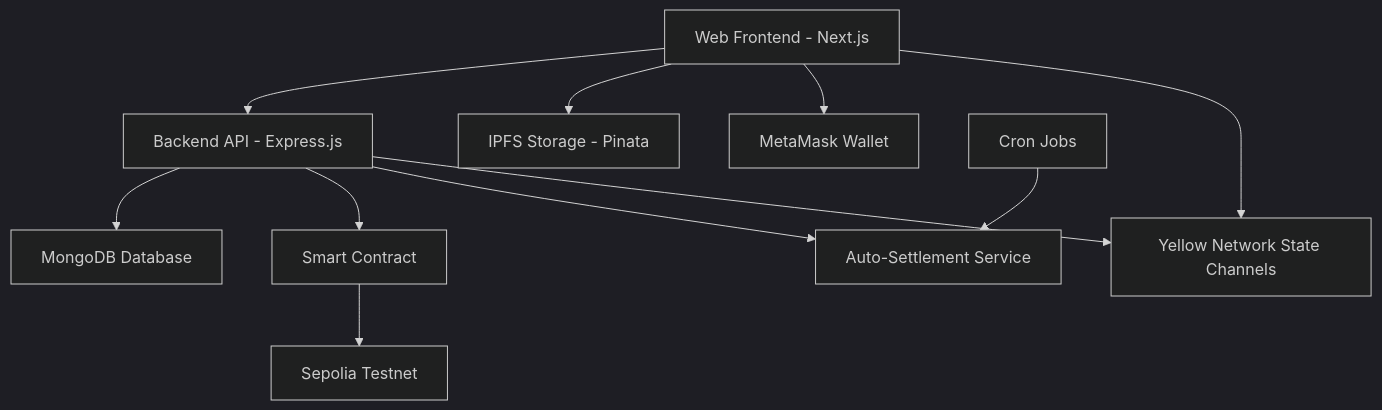
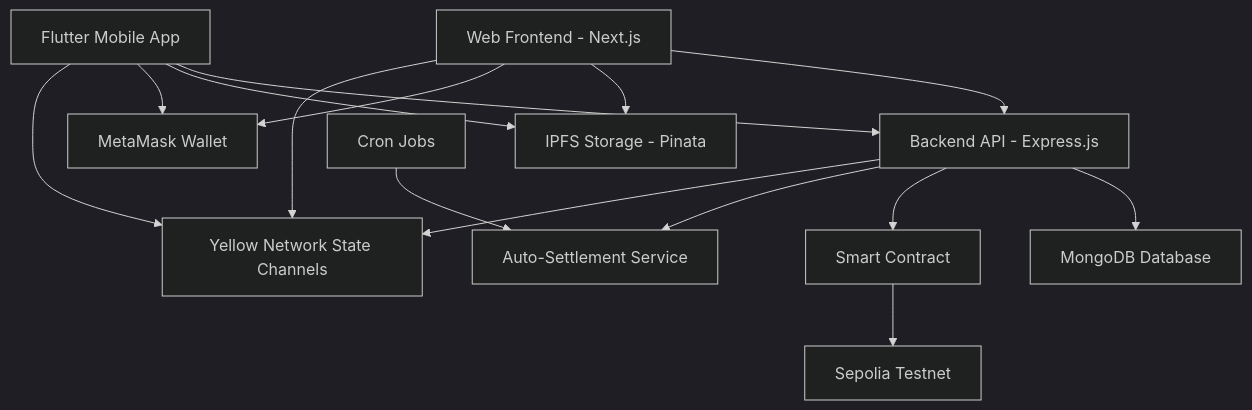
One commit to Laugh-Odds/Laugh-Odds changed the diagram in Readme.md. Above: the diagram before and after it, drawn with Mermaid (dark theme). The commit also changed other lines of this file, not shown here.

````diff
--- a/Readme.md
+++ b/Readme.md
@@ -83,13 +83,17 @@
 ```mermaid
 graph TB
     A[Web Frontend - Next.js] --> B[Backend API - Express.js]
+    M[Flutter Mobile App] --> B
     B --> D[MongoDB Database]
     B --> E[Smart Contract]
     E --> F[Sepolia Testnet]
     B --> G[Auto-Settlement Service]
     A --> H[IPFS Storage - Pinata]
+    M --> H
     A --> I[MetaMask Wallet]
+    M --> I
     A --> Y[Yellow Network State Channels]
+    M --> Y
     B --> Y
     L[Cron Jobs] --> G
 ```
````
